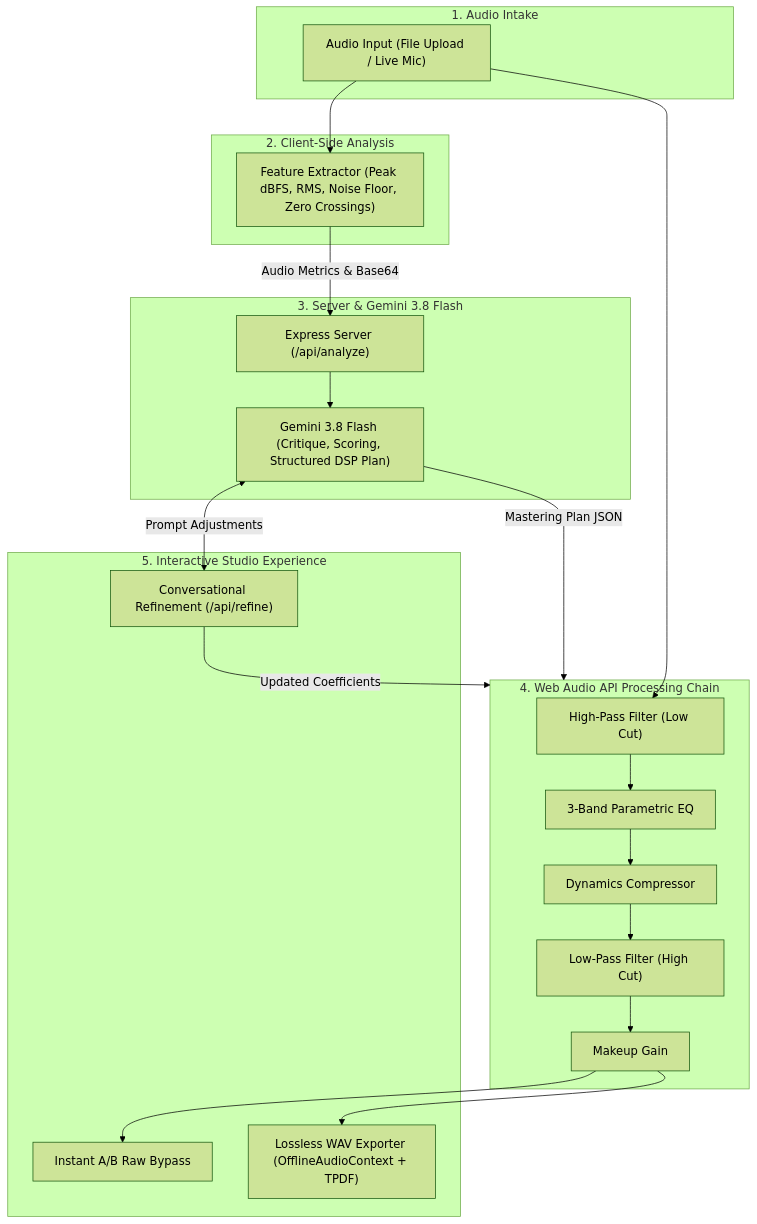
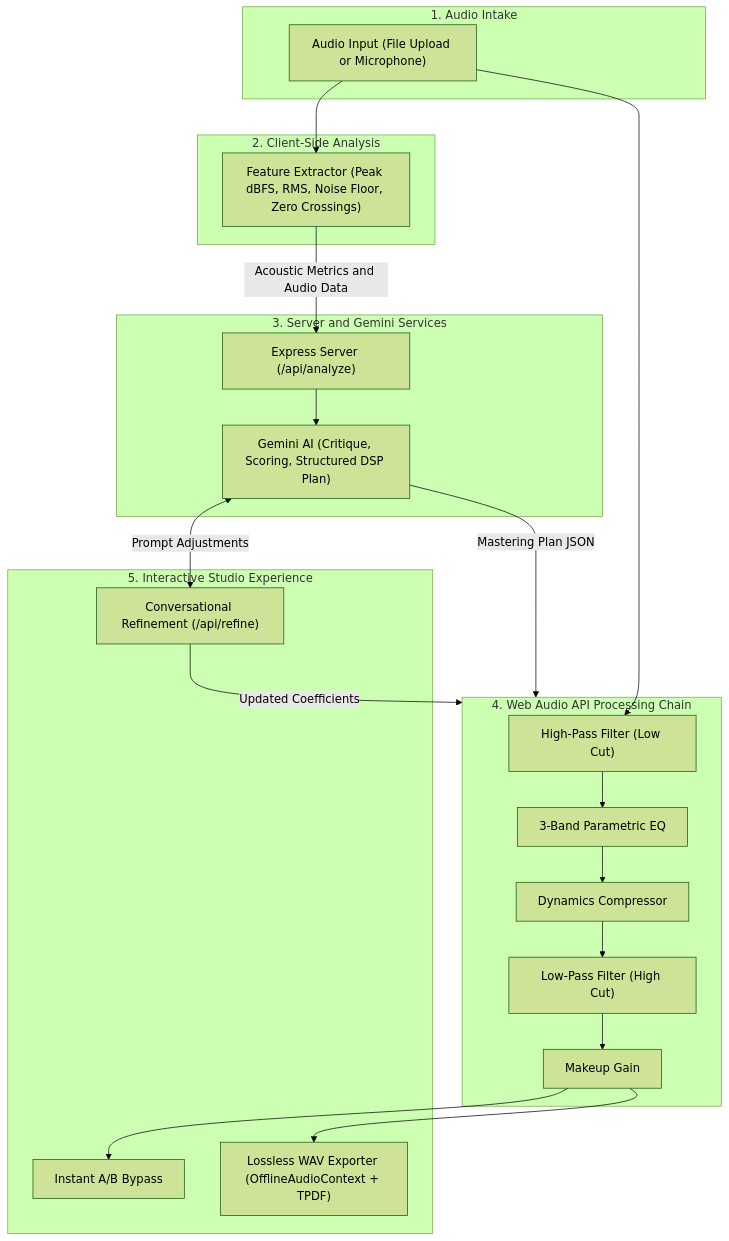
Before and after one commit to kweinmeister/ai-audio-engineer-app: the first of 2 diagrams in README.md, drawn with Mermaid (forest theme). The commit also changed other lines of this file and 12 other files, not shown here.

````diff
--- a/README.md
+++ b/README.md
@@ -43,41 +43,41 @@
 ```mermaid
 flowchart TD
     subgraph Intake["1. Audio Intake"]
-        Source["Audio Input (File Upload / Live Mic)"]
+        Source["Audio Input (File Upload or Microphone)"]
     end
 
     subgraph ClientAnalysis["2. Client-Side Analysis"]
         Extractor["Feature Extractor (Peak dBFS, RMS, Noise Floor, Zero Crossings)"]
     end
 
-    subgraph BackendAI["3. Server & Gemini 3.8 Flash"]
+    subgraph BackendAI["3. Server and Gemini Services"]
         Server["Express Server (/api/analyze)"]
-        Gemini["Gemini 3.8 Flash (Critique, Scoring, Structured DSP Plan)"]
+        Gemini["Gemini AI (Critique, Scoring, Structured DSP Plan)"]
     end
 
     subgraph DSPChain["4. Web Audio API Processing Chain"]
         HPF["High-Pass Filter (Low Cut)"]
         EQ["3-Band Parametric EQ"]
         Compressor["Dynamics Compressor"]
         LPF["Low-Pass Filter (High Cut)"]
         Gain["Makeup Gain"]
     end
 
     subgraph StudioUI["5. Interactive Studio Experience"]
-        Bypass["Instant A/B Raw Bypass"]
+        Bypass["Instant A/B Bypass"]
         Refine["Conversational Refinement (/api/refine)"]
         Export["Lossless WAV Exporter (OfflineAudioContext + TPDF)"]
     end
 
     Source --> Extractor
     Source --> HPF
-    Extractor -->|"Audio Metrics & Base64"| Server
+    Extractor -->|"Acoustic Metrics and Audio Data"| Server
     Server --> Gemini
     Gemini -->|"Mastering Plan JSON"| DSPChain
 
     HPF --> EQ --> Compressor --> LPF --> Gain
     Gain --> Bypass
     Gain --> Export
     Gemini <-->|"Prompt Adjustments"| Refine
     Refine -->|"Updated Coefficients"| DSPChain
 ```
````
